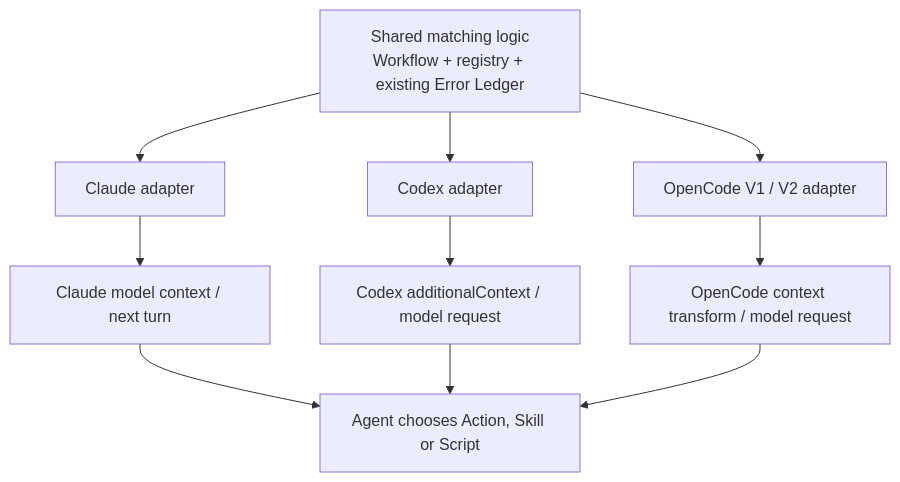
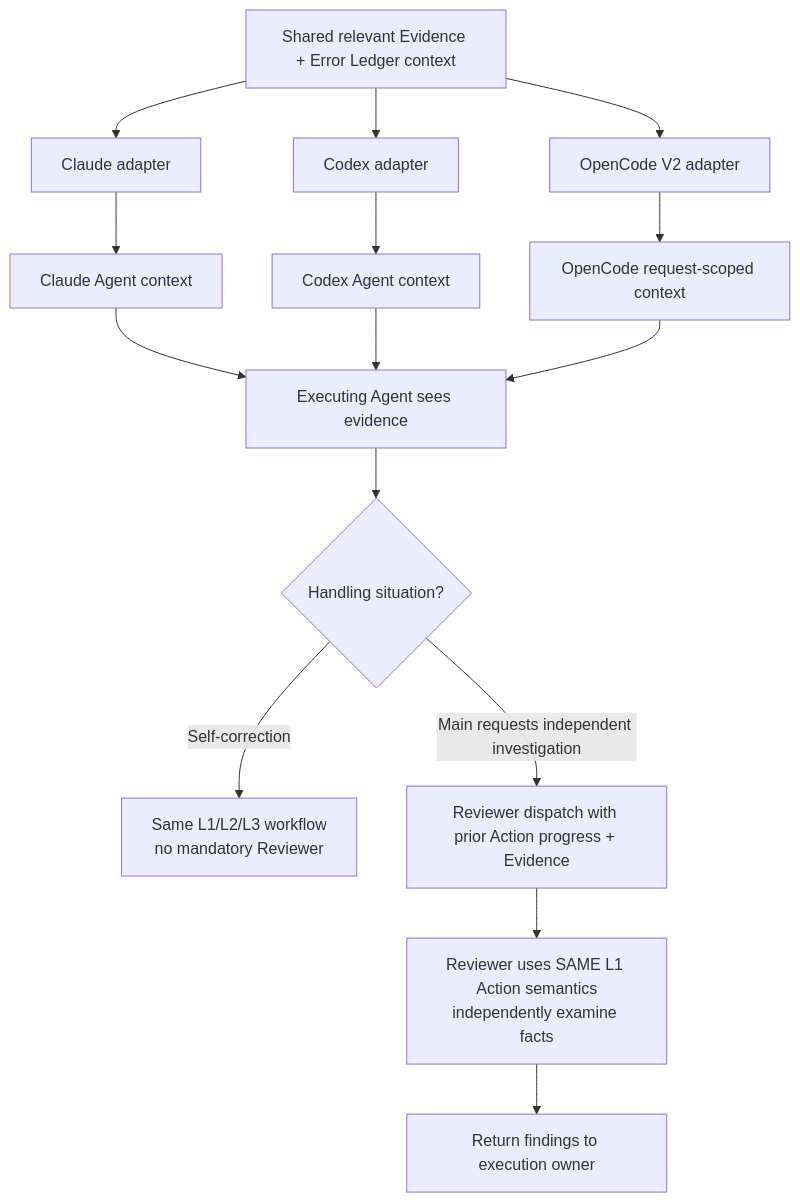
Before and after one commit to dyphn1/Harness-everything: the first of 4 diagrams in docs/discussions/error-hook-framework/hosts.md, drawn with Mermaid. The commit also changed other lines of this file, not shown here.

Commit message:
docs(hooks): align host diagrams with self-correction and same-L1 reviewer context handoff (#439)

````diff
--- a/docs/discussions/error-hook-framework/hosts.md
+++ b/docs/discussions/error-hook-framework/hosts.md
@@ -9,13 +11,17 @@
 ```mermaid
 flowchart TB
-  CORE["Shared matching logic<br/>Workflow + registry + existing Error Ledger"]
-  CORE --> CA["Claude adapter"]
+  CORE["Shared relevant Evidence + Error Ledger context"] --> CA["Claude adapter"]
   CORE --> CX["Codex adapter"]
-  CORE --> OC["OpenCode V1 / V2 adapter"]
-  CA --> CM["Claude model context / next turn"]
-  CX --> XM["Codex additionalContext / model request"]
-  OC --> OM["OpenCode context transform / model request"]
-  CM --> A["Agent chooses Action, Skill or Script"]
-  XM --> A
-  OM --> A
+  CORE --> OC["OpenCode V2 adapter"]
+  CA --> CM["Claude Agent context"]
+  CX --> XM["Codex Agent context"]
+  OC --> OM["OpenCode request-scoped context"]
+  CM --> X["Executing Agent sees evidence"]
+  XM --> X
+  OM --> X
+  X --> DEC{"Handling situation?"}
+  DEC -->|Self-correction| SELF["Same L1/L2/L3 workflow<br/>no mandatory Reviewer"]
+  DEC -->|Main requests independent investigation| DP["Reviewer dispatch with prior Action progress + Evidence"]
+  DP --> RV["Reviewer uses SAME L1 Action semantics<br/>independently examine facts"]
+  RV --> FIN["Return findings to execution owner"]
 ```
````
